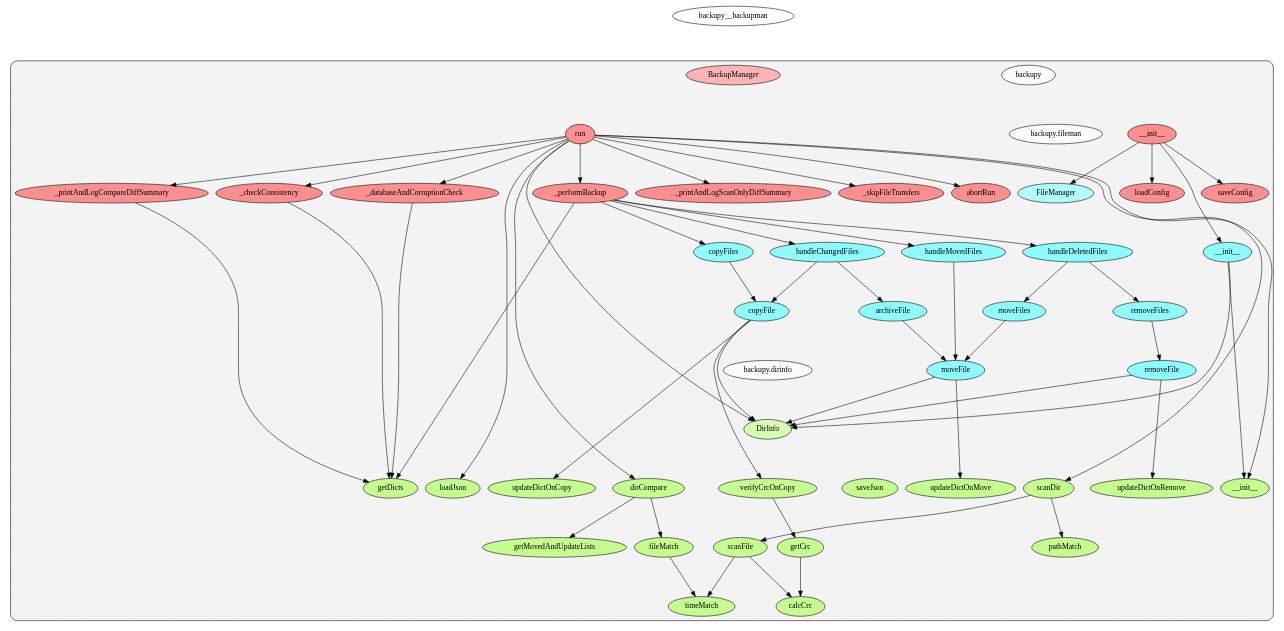
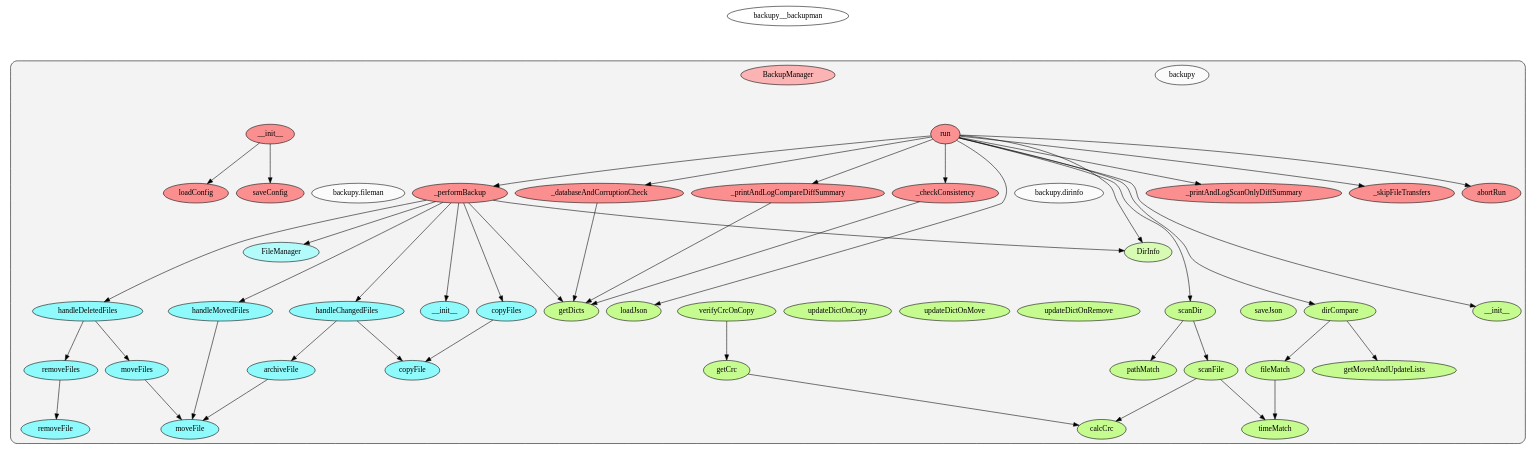
One commit to elesiuta/backupy changed the diagram in analysis/callgraph.dot. Above: the diagram before and after it, drawn with Graphviz. The commit also changed 3 other files, not shown here.

Commit message:
refactor: only need fileman when performing the backup/mirror/sync

```diff
--- a/analysis/callgraph.dot
+++ b/analysis/callgraph.dot
@@ -54,69 +54,70 @@
         backupy__backupman -> backupy__backupman__BackupManager [style="dashed", color="#ffffff00"];
         backupy__backupman__BackupManager -> backupy__backupman__BackupManager___printAndLogCompareDiffSummary [style="dashed", color="#ffffff00"];
         backupy__backupman__BackupManager -> backupy__backupman__BackupManager___checkConsistency [style="dashed", color="#ffffff00"];
-        backupy__backupman__BackupManager -> backupy__backupman__BackupManager___skipFileTransfers [style="dashed", color="#ffffff00"];
         backupy__backupman__BackupManager -> backupy__backupman__BackupManager___performBackup [style="dashed", color="#ffffff00"];
         backupy__backupman__BackupManager -> backupy__backupman__BackupManager__run [style="dashed", color="#ffffff00"];
+        backupy__backupman__BackupManager -> backupy__backupman__BackupManager__saveConfig [style="dashed", color="#ffffff00"];
+        backupy__backupman__BackupManager -> backupy__backupman__BackupManager____init__ [style="dashed", color="#ffffff00"];
+        backupy__backupman__BackupManager -> backupy__backupman__BackupManager___skipFileTransfers [style="dashed", color="#ffffff00"];
         backupy__backupman__BackupManager -> backupy__backupman__BackupManager___databaseAndCorruptionCheck [style="dashed", color="#ffffff00"];
-        backupy__backupman__BackupManager -> backupy__backupman__BackupManager__saveConfig [style="dashed", color="#ffffff00"];
+        backupy__backupman__BackupManager -> backupy__backupman__BackupManager__abortRun [style="dashed", color="#ffffff00"];
         backupy__backupman__BackupManager -> backupy__backupman__BackupManager__loadConfig [style="dashed", color="#ffffff00"];
-        backupy__backupman__BackupManager -> backupy__backupman__BackupManager__abortRun [style="dashed", color="#ffffff00"];
-        backupy__backupman__BackupManager -> backupy__backupman__BackupManager____init__ [style="dashed", color="#ffffff00"];
         backupy__backupman__BackupManager -> backupy__backupman__BackupManager___printAndLogScanOnlyDiffSummary [style="dashed", color="#ffffff00"];
         backupy__dirinfo -> backupy__dirinfo__DirInfo [style="dashed", color="#ffffff00"];
+        backupy__dirinfo__DirInfo -> backupy__dirinfo__DirInfo__calcCrc [style="dashed", color="#ffffff00"];
+        backupy__dirinfo__DirInfo -> backupy__dirinfo__DirInfo__updateDictOnCopy [style="dashed", color="#ffffff00"];
+        backupy__dirinfo__DirInfo -> backupy__dirinfo__DirInfo__fileMatch [style="dashed", color="#ffffff00"];
         backupy__dirinfo__DirInfo -> backupy__dirinfo__DirInfo____init__ [style="dashed", color="#ffffff00"];
+        backupy__dirinfo__DirInfo -> backupy__dirinfo__DirInfo__pathMatch [style="dashed", color="#ffffff00"];
         backupy__dirinfo__DirInfo -> backupy__dirinfo__DirInfo__scanDir [style="dashed", color="#ffffff00"];
+        backupy__dirinfo__DirInfo -> backupy__dirinfo__DirInfo__scanFile [style="dashed", color="#ffffff00"];
+        backupy__dirinfo__DirInfo -> backupy__dirinfo__DirInfo__loadJson [style="dashed", color="#ffffff00"];
         backupy__dirinfo__DirInfo -> backupy__dirinfo__DirInfo__updateDictOnMove [style="dashed", color="#ffffff00"];
-        backupy__dirinfo__DirInfo -> backupy__dirinfo__DirInfo__pathMatch [style="dashed", color="#ffffff00"];
         backupy__dirinfo__DirInfo -> backupy__dirinfo__DirInfo__dirCompare [style="dashed", color="#ffffff00"];
-        backupy__dirinfo__DirInfo -> backupy__dirinfo__DirInfo__loadJson [style="dashed", color="#ffffff00"];
+        backupy__dirinfo__DirInfo -> backupy__dirinfo__DirInfo__updateDictOnRemove [style="dashed", color="#ffffff00"];
         backupy__dirinfo__DirInfo -> backupy__dirinfo__DirInfo__saveJson [style="dashed", color="#ffffff00"];
-        backupy__dirinfo__DirInfo -> backupy__dirinfo__DirInfo__updateDictOnRemove [style="dashed", color="#ffffff00"];
-        backupy__dirinfo__DirInfo -> backupy__dirinfo__DirInfo__scanFile [style="dashed", color="#ffffff00"];
         backupy__dirinfo__DirInfo -> backupy__dirinfo__DirInfo__getDicts [style="dashed", color="#ffffff00"];
         backupy__dirinfo__DirInfo -> backupy__dirinfo__DirInfo__getMovedAndUpdateLists [style="dashed", color="#ffffff00"];
+        backupy__dirinfo__DirInfo -> backupy__dirinfo__DirInfo__timeMatch [style="dashed", color="#ffffff00"];
         backupy__dirinfo__DirInfo -> backupy__dirinfo__DirInfo__getCrc [style="dashed", color="#ffffff00"];
         backupy__dirinfo__DirInfo -> backupy__dirinfo__DirInfo__verifyCrcOnCopy [style="dashed", color="#ffffff00"];
-        backupy__dirinfo__DirInfo -> backupy__dirinfo__DirInfo__timeMatch [style="dashed", color="#ffffff00"];
-        backupy__dirinfo__DirInfo -> backupy__dirinfo__DirInfo__updateDictOnCopy [style="dashed", color="#ffffff00"];
-        backupy__dirinfo__DirInfo -> backupy__dirinfo__DirInfo__fileMatch [style="dashed", color="#ffffff00"];
-        backupy__dirinfo__DirInfo -> backupy__dirinfo__DirInfo__calcCrc [style="dashed", color="#ffffff00"];
         backupy__fileman -> backupy__fileman__FileManager [style="dashed", color="#ffffff00"];
+        backupy__fileman__FileManager -> backupy__fileman__FileManager__copyFile [style="dashed", color="#ffffff00"];
+        backupy__fileman__FileManager -> backupy__fileman__FileManager__handleChangedFiles [style="dashed", color="#ffffff00"];
+        backupy__fileman__FileManager -> backupy__fileman__FileManager__moveFile [style="dashed", color="#ffffff00"];
+        backupy__fileman__FileManager -> backupy__fileman__FileManager__handleDeletedFiles [style="dashed", color="#ffffff00"];
         backupy__fileman__FileManager -> backupy__fileman__FileManager____init__ [style="dashed", color="#ffffff00"];
-        backupy__fileman__FileManager -> backupy__fileman__FileManager__handleDeletedFiles [style="dashed", color="#ffffff00"];
+        backupy__fileman__FileManager -> backupy__fileman__FileManager__removeFiles [style="dashed", color="#ffffff00"];
+        backupy__fileman__FileManager -> backupy__fileman__FileManager__copyFiles [style="dashed", color="#ffffff00"];
+        backupy__fileman__FileManager -> backupy__fileman__FileManager__archiveFile [style="dashed", color="#ffffff00"];
+        backupy__fileman__FileManager -> backupy__fileman__FileManager__handleMovedFiles [style="dashed", color="#ffffff00"];
         backupy__fileman__FileManager -> backupy__fileman__FileManager__removeFile [style="dashed", color="#ffffff00"];
         backupy__fileman__FileManager -> backupy__fileman__FileManager__moveFiles [style="dashed", color="#ffffff00"];
-        backupy__fileman__FileManager -> backupy__fileman__FileManager__handleMovedFiles [style="dashed", color="#ffffff00"];
-        backupy__fileman__FileManager -> backupy__fileman__FileManager__copyFile [style="dashed", color="#ffffff00"];
-        backupy__fileman__FileManager -> backupy__fileman__FileManager__copyFiles [style="dashed", color="#ffffff00"];
-        backupy__fileman__FileManager -> backupy__fileman__FileManager__removeFiles [style="dashed", color="#ffffff00"];
-        backupy__fileman__FileManager -> backupy__fileman__FileManager__moveFile [style="dashed", color="#ffffff00"];
-        backupy__fileman__FileManager -> backupy__fileman__FileManager__archiveFile [style="dashed", color="#ffffff00"];
-        backupy__fileman__FileManager -> backupy__fileman__FileManager__handleChangedFiles [style="dashed", color="#ffffff00"];
+        backupy__backupman__BackupManager____init__ -> backupy__backupman__BackupManager__saveConfig [style="solid", color="#000000"];
         backupy__backupman__BackupManager____init__ -> backupy__backupman__BackupManager__loadConfig [style="solid", color="#000000"];
-        backupy__backupman__BackupManager____init__ -> backupy__fileman__FileManager____init__ [style="solid", color="#000000"];
-        backupy__backupman__BackupManager____init__ -> backupy__backupman__BackupManager__saveConfig [style="solid", color="#000000"];
-        backupy__backupman__BackupManager____init__ -> backupy__fileman__FileManager [style="solid", color="#000000"];
         backupy__backupman__BackupManager___checkConsistency -> backupy__dirinfo__DirInfo__getDicts [style="solid", color="#000000"];
         backupy__backupman__BackupManager___databaseAndCorruptionCheck -> backupy__dirinfo__DirInfo__getDicts [style="solid", color="#000000"];
         backupy__backupman__BackupManager___printAndLogCompareDiffSummary -> backupy__dirinfo__DirInfo__getDicts [style="solid", color="#000000"];
+        backupy__backupman__BackupManager___performBackup -> backupy__fileman__FileManager____init__ [style="solid", color="#000000"];
+        backupy__backupman__BackupManager___performBackup -> backupy__dirinfo__DirInfo [style="solid", color="#000000"];
+        backupy__backupman__BackupManager___performBackup -> backupy__fileman__FileManager [style="solid", color="#000000"];
         backupy__backupman__BackupManager___performBackup -> backupy__fileman__FileManager__handleDeletedFiles [style="solid", color="#000000"];
+        backupy__backupman__BackupManager___performBackup -> backupy__fileman__FileManager__copyFiles [style="solid", color="#000000"];
         backupy__backupman__BackupManager___performBackup -> backupy__fileman__FileManager__handleMovedFiles [style="solid", color="#000000"];
-        backupy__backupman__BackupManager___performBackup -> backupy__fileman__FileManager__copyFiles [style="solid", color="#000000"];
         backupy__backupman__BackupManager___performBackup -> backupy__fileman__FileManager__handleChangedFiles [style="solid", color="#000000"];
         backupy__backupman__BackupManager___performBackup -> backupy__dirinfo__DirInfo__getDicts [style="solid", color="#000000"];
-        backupy__backupman__BackupManager__run -> backupy__backupman__BackupManager___databaseAndCorruptionCheck [style="solid", color="#000000"];
-        backupy__backupman__BackupManager__run -> backupy__backupman__BackupManager___printAndLogScanOnlyDiffSummary [style="solid", color="#000000"];
-        backupy__backupman__BackupManager__run -> backupy__dirinfo__DirInfo____init__ [style="solid", color="#000000"];
-        backupy__backupman__BackupManager__run -> backupy__backupman__BackupManager___printAndLogCompareDiffSummary [style="solid", color="#000000"];
-        backupy__backupman__BackupManager__run -> backupy__dirinfo__DirInfo__loadJson [style="solid", color="#000000"];
+        backupy__backupman__BackupManager__run -> backupy__backupman__BackupManager___checkConsistency [style="solid", color="#000000"];
         backupy__backupman__BackupManager__run -> backupy__dirinfo__DirInfo__scanDir [style="solid", color="#000000"];
         backupy__backupman__BackupManager__run -> backupy__dirinfo__DirInfo__dirCompare [style="solid", color="#000000"];
-        backupy__backupman__BackupManager__run -> backupy__backupman__BackupManager___checkConsistency [style="solid", color="#000000"];
         backupy__backupman__BackupManager__run -> backupy__backupman__BackupManager___skipFileTransfers [style="solid", color="#000000"];
         backupy__backupman__BackupManager__run -> backupy__backupman__BackupManager___performBackup [style="solid", color="#000000"];
         backupy__backupman__BackupManager__run -> backupy__dirinfo__DirInfo [style="solid", color="#000000"];
         backupy__backupman__BackupManager__run -> backupy__backupman__BackupManager__abortRun [style="solid", color="#000000"];
+        backupy__backupman__BackupManager__run -> backupy__backupman__BackupManager___databaseAndCorruptionCheck [style="solid", color="#000000"];
+        backupy__backupman__BackupManager__run -> backupy__backupman__BackupManager___printAndLogScanOnlyDiffSummary [style="solid", color="#000000"];
+        backupy__backupman__BackupManager__run -> backupy__backupman__BackupManager___printAndLogCompareDiffSummary [style="solid", color="#000000"];
+        backupy__backupman__BackupManager__run -> backupy__dirinfo__DirInfo____init__ [style="solid", color="#000000"];
+        backupy__backupman__BackupManager__run -> backupy__dirinfo__DirInfo__loadJson [style="solid", color="#000000"];
         backupy__dirinfo__DirInfo__verifyCrcOnCopy -> backupy__dirinfo__DirInfo__getCrc [style="solid", color="#000000"];
         backupy__dirinfo__DirInfo__getCrc -> backupy__dirinfo__DirInfo__calcCrc [style="solid", color="#000000"];
         backupy__dirinfo__DirInfo__fileMatch -> backupy__dirinfo__DirInfo__timeMatch [style="solid", color="#000000"];
@@ -126,20 +127,11 @@
         backupy__dirinfo__DirInfo__scanFile -> backupy__dirinfo__DirInfo__calcCrc [style="solid", color="#000000"];
         backupy__dirinfo__DirInfo__dirCompare -> backupy__dirinfo__DirInfo__fileMatch [style="solid", color="#000000"];
         backupy__dirinfo__DirInfo__dirCompare -> backupy__dirinfo__DirInfo__getMovedAndUpdateLists [style="solid", color="#000000"];
-        backupy__fileman__FileManager____init__ -> backupy__dirinfo__DirInfo____init__ [style="solid", color="#000000"];
-        backupy__fileman__FileManager____init__ -> backupy__dirinfo__DirInfo [style="solid", color="#000000"];
-        backupy__fileman__FileManager__removeFile -> backupy__dirinfo__DirInfo__updateDictOnRemove [style="solid", color="#000000"];
-        backupy__fileman__FileManager__removeFile -> backupy__dirinfo__DirInfo [style="solid", color="#000000"];
-        backupy__fileman__FileManager__copyFile -> backupy__dirinfo__DirInfo__verifyCrcOnCopy [style="solid", color="#000000"];
-        backupy__fileman__FileManager__copyFile -> backupy__dirinfo__DirInfo__updateDictOnCopy [style="solid", color="#000000"];
-        backupy__fileman__FileManager__copyFile -> backupy__dirinfo__DirInfo [style="solid", color="#000000"];
-        backupy__fileman__FileManager__moveFile -> backupy__dirinfo__DirInfo__updateDictOnMove [style="solid", color="#000000"];
-        backupy__fileman__FileManager__moveFile -> backupy__dirinfo__DirInfo [style="solid", color="#000000"];
         backupy__fileman__FileManager__removeFiles -> backupy__fileman__FileManager__removeFile [style="solid", color="#000000"];
         backupy__fileman__FileManager__copyFiles -> backupy__fileman__FileManager__copyFile [style="solid", color="#000000"];
         backupy__fileman__FileManager__moveFiles -> backupy__fileman__FileManager__moveFile [style="solid", color="#000000"];
+        backupy__fileman__FileManager__handleDeletedFiles -> backupy__fileman__FileManager__removeFiles [style="solid", color="#000000"];
         backupy__fileman__FileManager__handleDeletedFiles -> backupy__fileman__FileManager__moveFiles [style="solid", color="#000000"];
-        backupy__fileman__FileManager__handleDeletedFiles -> backupy__fileman__FileManager__removeFiles [style="solid", color="#000000"];
         backupy__fileman__FileManager__handleMovedFiles -> backupy__fileman__FileManager__moveFile [style="solid", color="#000000"];
         backupy__fileman__FileManager__archiveFile -> backupy__fileman__FileManager__moveFile [style="solid", color="#000000"];
         backupy__fileman__FileManager__handleChangedFiles -> backupy__fileman__FileManager__archiveFile [style="solid", color="#000000"];
```
